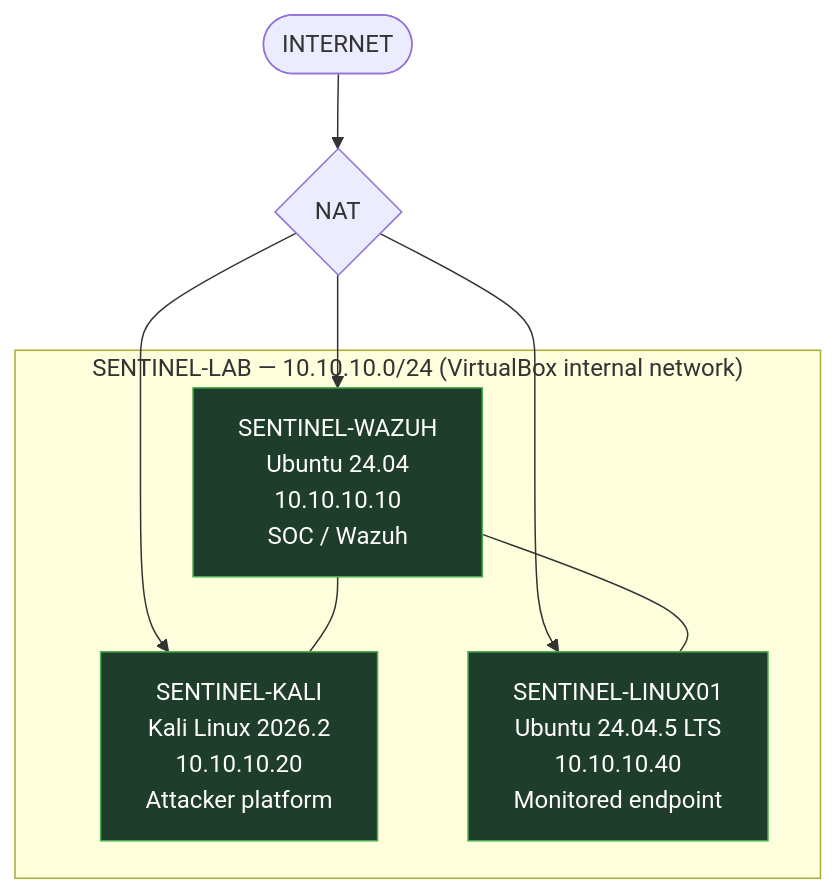
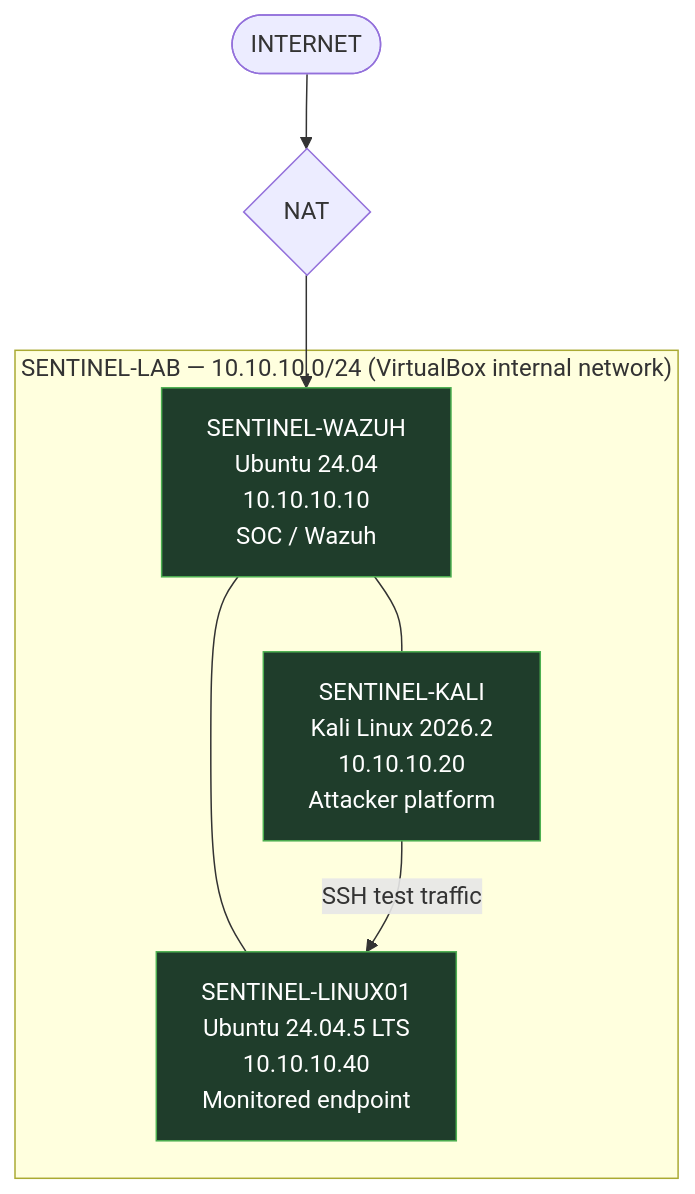
One commit to andyydz/sentinel-soc-lab changed the second of 4 diagrams in docs/03-architecture.md. Above: the diagram before and after it, drawn with Mermaid. The commit also changed other lines of this file, not shown here.

````diff
--- a/docs/03-architecture.md
+++ b/docs/03-architecture.md
@@ -50,21 +50,20 @@
 ```mermaid
 flowchart TB
     INET([INTERNET])
     NAT{NAT}
     INET --> NAT
 
     subgraph LAB["SENTINEL-LAB — 10.10.10.0/24 (VirtualBox internal network)"]
         WAZUH["SENTINEL-WAZUH<br/>Ubuntu 24.04<br/>10.10.10.10<br/>SOC / Wazuh"]
         KALI["SENTINEL-KALI<br/>Kali Linux 2026.2<br/>10.10.10.20<br/>Attacker platform"]
         LINUX["SENTINEL-LINUX01<br/>Ubuntu 24.04.5 LTS<br/>10.10.10.40<br/>Monitored endpoint"]
     end
 
     NAT --> WAZUH
-    NAT --> KALI
-    NAT --> LINUX
     WAZUH --- KALI
     WAZUH --- LINUX
+    KALI -->|"SSH test traffic"| LINUX
 
     classDef operational fill:#1f3d2b,stroke:#4caf50,color:#fff;
     class WAZUH,KALI,LINUX operational
 ```
````
